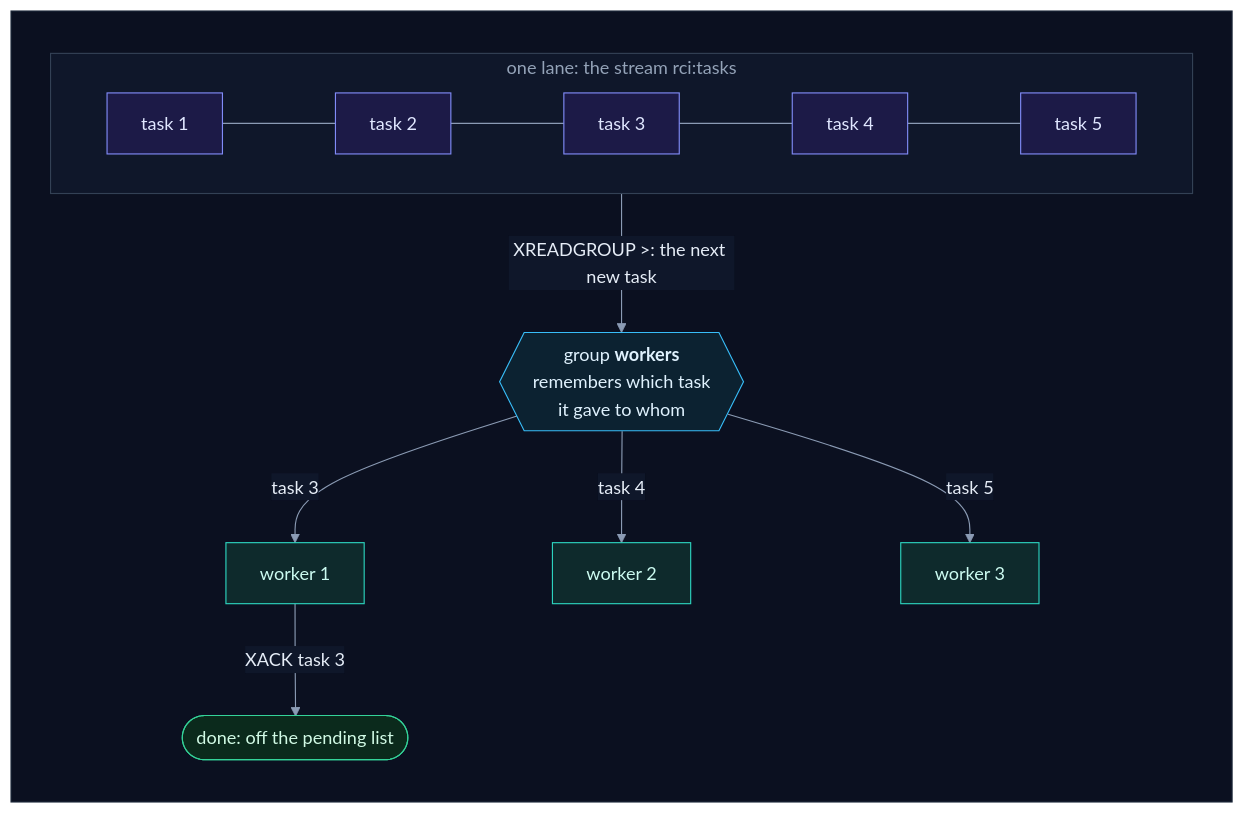
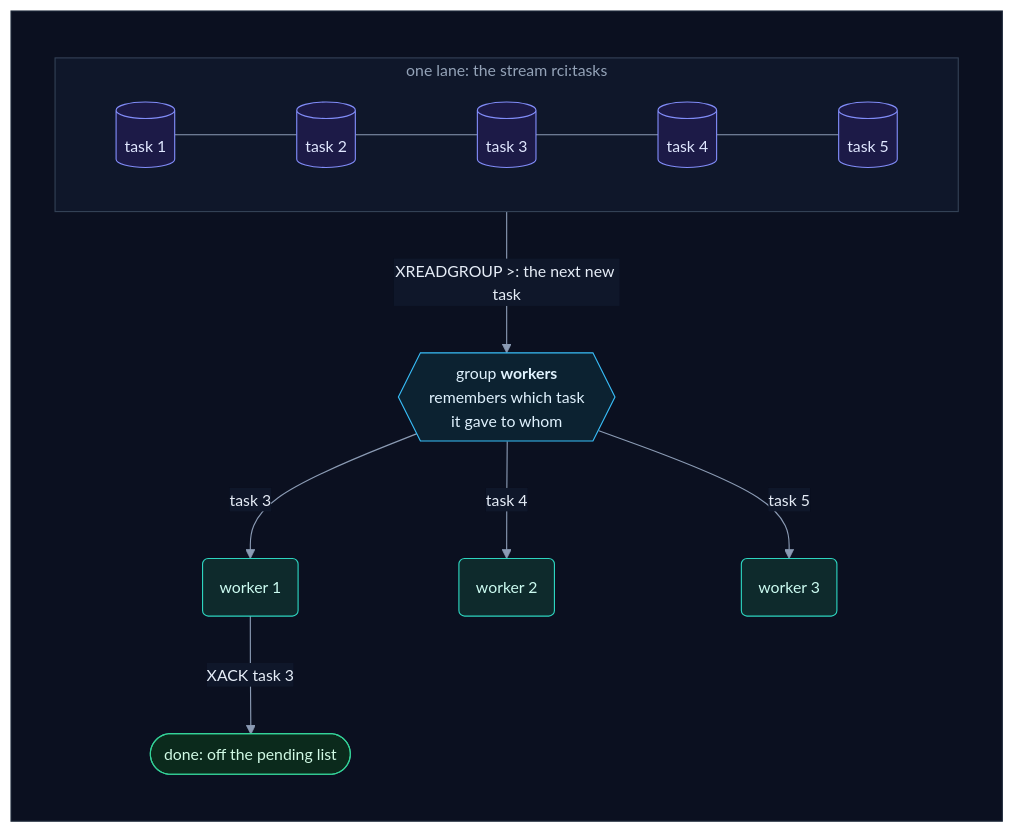
One commit to selvakumarperumal/Regulatory_Circular_Impact_Agent changed the sixth of 21 diagrams in how_the_worker_works.md. Above: the diagram before and after it, drawn with Mermaid. The commit also changed other lines of this file and 5 other files, not shown here.

Commit message:
Give the docs' flowcharts a shape per kind of part, more room and slightly smaller text

````diff
--- a/how_the_worker_works.md
+++ b/how_the_worker_works.md
@@ -491,32 +491,32 @@
 ```mermaid
-%%{init: {"theme": "base", "flowchart": {"diagramPadding": 0}, "themeVariables": {"darkMode": true, "primaryColor": "#16213a", "primaryTextColor": "#e6edf7", "primaryBorderColor": "#475a7a", "lineColor": "#8b9bb4", "secondaryColor": "#1b2436", "tertiaryColor": "#101a2e", "edgeLabelBackground": "#0f172a", "textColor": "#e2e8f0", "clusterBkg": "#0f1728", "clusterBorder": "#2b3a55", "titleColor": "#c4b5fd", "nodeTextColor": "#e6edf7"}}}%%
+%%{init: {"theme": "base", "flowchart": {"diagramPadding": 0, "nodeSpacing": 58, "rankSpacing": 58, "curve": "basis"}, "themeVariables": {"fontSize": "14px", "darkMode": true, "primaryColor": "#16213a", "primaryTextColor": "#e6edf7", "primaryBorderColor": "#475a7a", "lineColor": "#8b9bb4", "secondaryColor": "#1b2436", "tertiaryColor": "#101a2e", "edgeLabelBackground": "#0f172a", "textColor": "#e2e8f0", "clusterBkg": "#0f1728", "clusterBorder": "#2b3a55", "titleColor": "#c4b5fd", "nodeTextColor": "#e6edf7"}}}%%
 flowchart TD
     subgraph canvas[" "]
         direction TB
         subgraph stream["one lane: the stream rci:tasks"]
             direction LR
-            t1["task 1"] --- t2["task 2"] --- t3["task 3"] --- t4["task 4"] --- t5["task 5"]
+            t1[("task 1")] --- t2[("task 2")] --- t3[("task 3")] --- t4[("task 4")] --- t5[("task 5")]
         end
         stream -->|"XREADGROUP &gt;: the next new task"| g{{"group <b>workers</b><br/>remembers which task<br/>it gave to whom"}}
-        g -->|"task 3"| k1["worker 1"]
-        g -->|"task 4"| k2["worker 2"]
-        g -->|"task 5"| k3["worker 3"]
+        g -->|"task 3"| k1("worker 1")
+        g -->|"task 4"| k2("worker 2")
+        g -->|"task 5"| k3("worker 3")
         k1 -->|"XACK task 3"| done(["done: off the pending list"])
     end
     classDef svc fill:#0e2a2c,stroke:#2dd4bf,color:#ccfbf1
     classDef data fill:#1c1a47,stroke:#818cf8,color:#e0e7ff
     classDef ext fill:#2a1640,stroke:#c084fc,color:#f3e8ff
     classDef gpu fill:#2d1b0c,stroke:#fb923c,color:#ffedd5
     classDef ask fill:#2a2410,stroke:#fbbf24,color:#fef3c7
     classDef ok fill:#0b2a1c,stroke:#34d399,color:#d1fae5
     classDef bad fill:#2e0f17,stroke:#fb7185,color:#ffe4e6
     classDef start fill:#1c2a0e,stroke:#a7ef6f,color:#ecfccb
     classDef muted fill:#1a2130,stroke:#64748b,color:#cbd5e1
     classDef queue fill:#0c2231,stroke:#38bdf8,color:#e0f2fe
     class t1,t2,t3,t4,t5 data
     class g queue
     class k1,k2,k3 svc
     class done ok
     style stream fill:#0f172a,stroke:#334155,color:#94a3b8
     style canvas fill:#0b1020,stroke:#1e293b,color:#0b1020
 ```
````
